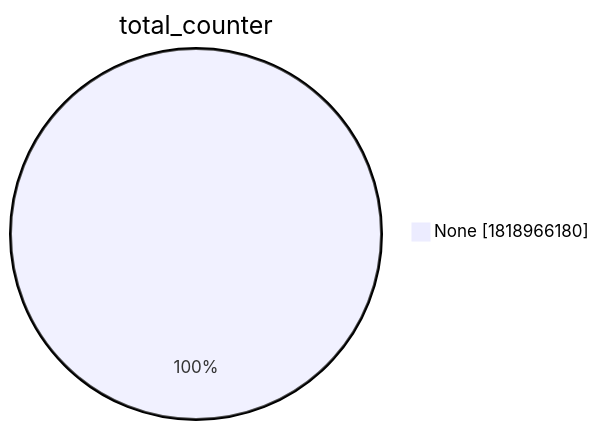
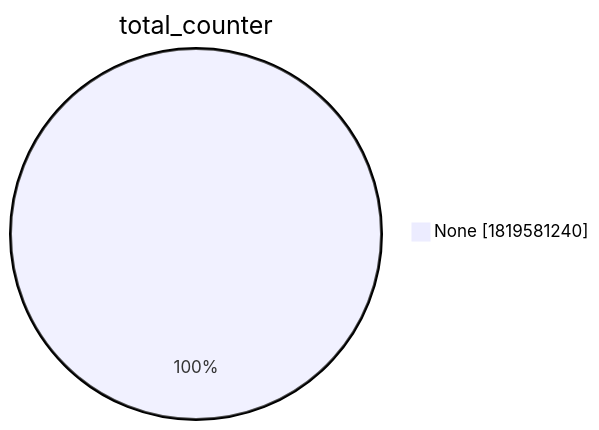
One commit to christiankrug/ctmonitor_visualization changed the second of 15 diagrams in xenon2022/README.md. Above: the diagram before and after it, drawn with Mermaid. The commit also changed other lines of this file, not shown here.

````diff
--- a/xenon2022/README.md
+++ b/xenon2022/README.md
@@ -9,5 +9,5 @@
 ```mermaid
 pie showData
 title total_counter
-"None" :1818966180
+"None" :1819581240
 ```
````
